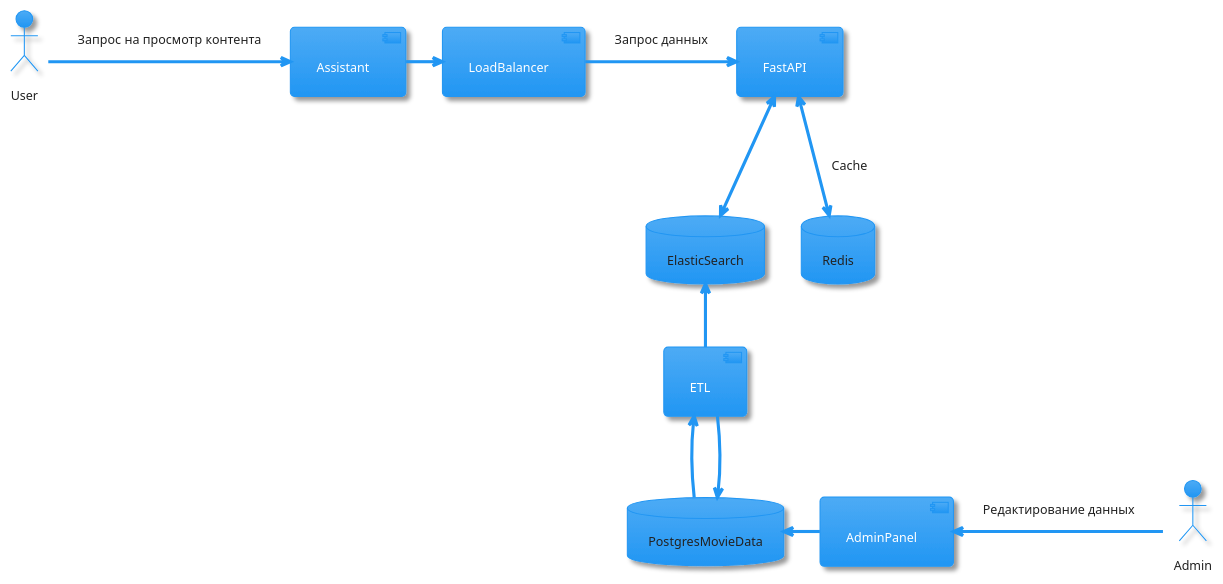
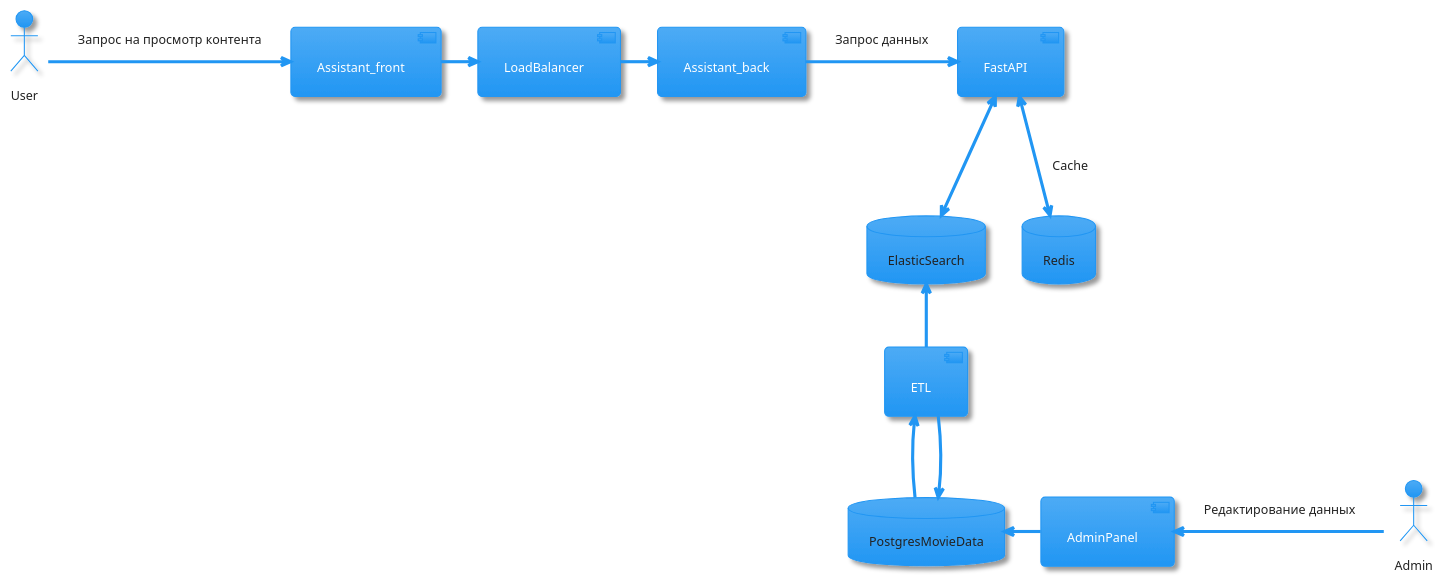
One commit to Shushania/graduate_work changed the diagram in architecture/schema.pu. Above: the diagram before and after it, drawn with PlantUML. The commit also changed 1 other file, not shown here.

Commit message:
architecture .

```diff
--- a/architecture/schema.pu
+++ b/architecture/schema.pu
@@ -1,26 +1,28 @@
 @startuml
 !theme materia
 actor User
 actor Admin
 database PostgresMovieData
 database ElasticSearch
 database Redis as redis_2
 component AdminPanel
-component Assistant
+component Assistant_front
+component Assistant_back
 component LoadBalancer
 component FastAPI
 component ETL as etl_1
 
-User -right-> Assistant: Запрос на просмотр контента
-Assistant -right-> LoadBalancer
-LoadBalancer -right-> FastAPI: Запрос данных
+User -right-> Assistant_front: Запрос на просмотр контента
+Assistant_front -right-> LoadBalancer
+LoadBalancer -right-> Assistant_back
+Assistant_back -right-> FastAPI: Запрос данных
 
 FastAPI <--> ElasticSearch
 FastAPI <--> redis_2: Cache
 
 PostgresMovieData -up-> etl_1
 etl_1 -down-> PostgresMovieData
 etl_1 -up-> ElasticSearch
 Admin -left-> AdminPanel: Редактирование данных
 AdminPanel -left-> PostgresMovieData
 @enduml
```
